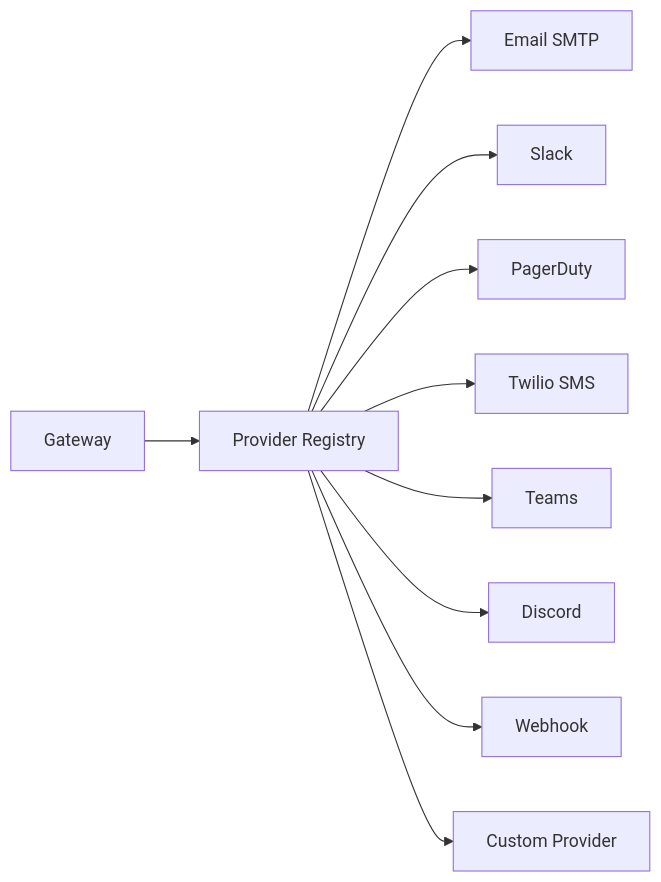
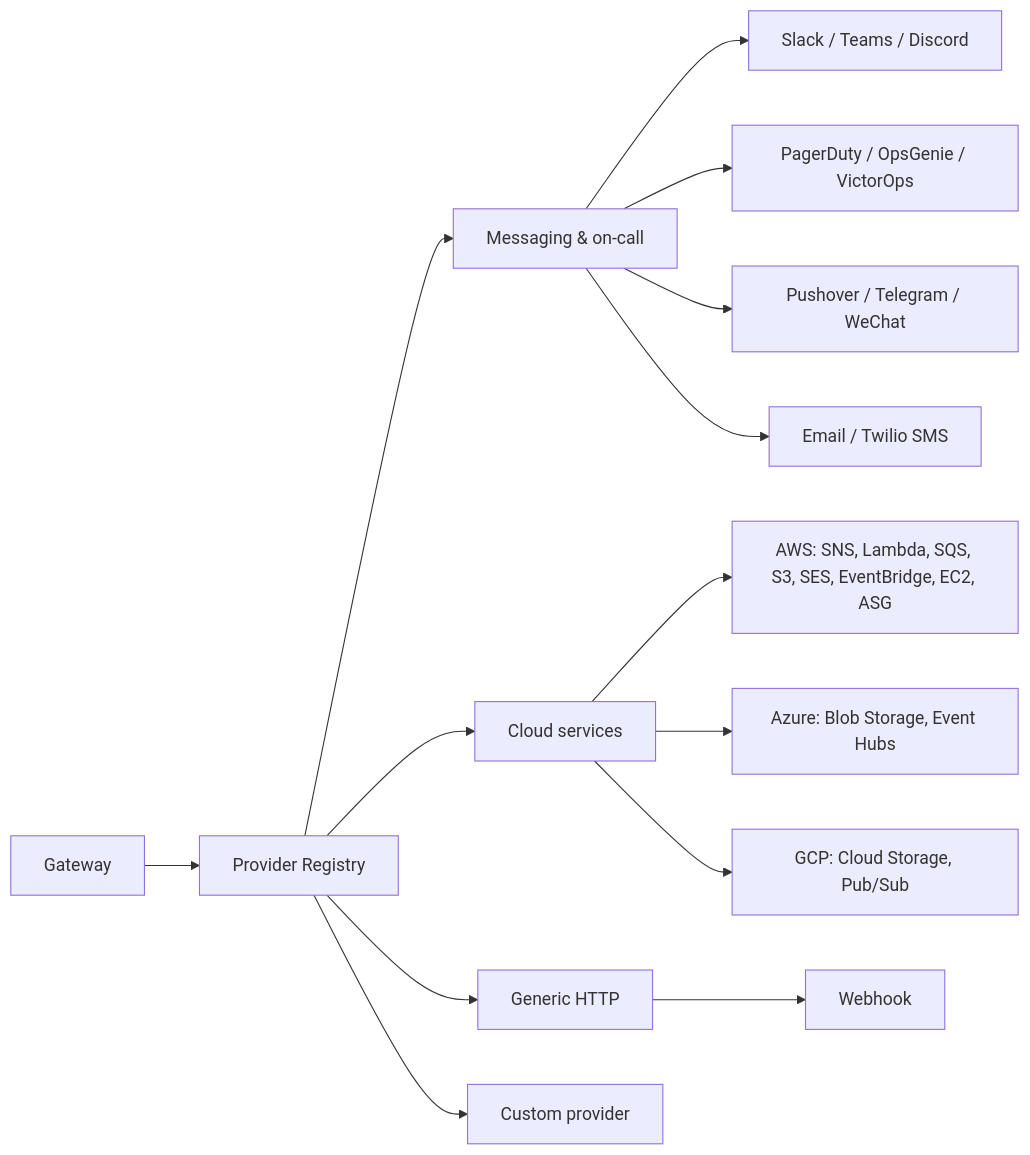
One commit to penserai/acteon changed the diagram in docs/book/concepts/providers.md. Above: the diagram before and after it, drawn with Mermaid. The commit also changed other lines of this file and 10 other files, not shown here.

First line of the commit message:
docs: complete provider list + feature-gate niche messaging providers (#92)

````diff
--- a/docs/book/concepts/providers.md
+++ b/docs/book/concepts/providers.md
@@ -7,12 +7,16 @@
 ```mermaid
 flowchart LR
     G[Gateway] --> R[Provider Registry]
-    R --> E[Email SMTP]
-    R --> S[Slack]
-    R --> P[PagerDuty]
-    R --> T[Twilio SMS]
-    R --> TM[Teams]
-    R --> DC[Discord]
-    R --> W[Webhook]
-    R --> C[Custom Provider]
+    R --> M[Messaging & on-call]
+    R --> C[Cloud services]
+    R --> GEN[Generic HTTP]
+    R --> CUST[Custom provider]
+    M --> M1[Slack / Teams / Discord]
+    M --> M2[PagerDuty / OpsGenie / VictorOps]
+    M --> M3[Pushover / Telegram / WeChat]
+    M --> M4[Email / Twilio SMS]
+    C --> C1[AWS: SNS, Lambda, SQS, S3, SES, EventBridge, EC2, ASG]
+    C --> C2[Azure: Blob Storage, Event Hubs]
+    C --> C3[GCP: Cloud Storage, Pub/Sub]
+    GEN --> GEN1[Webhook]
 ```
````
